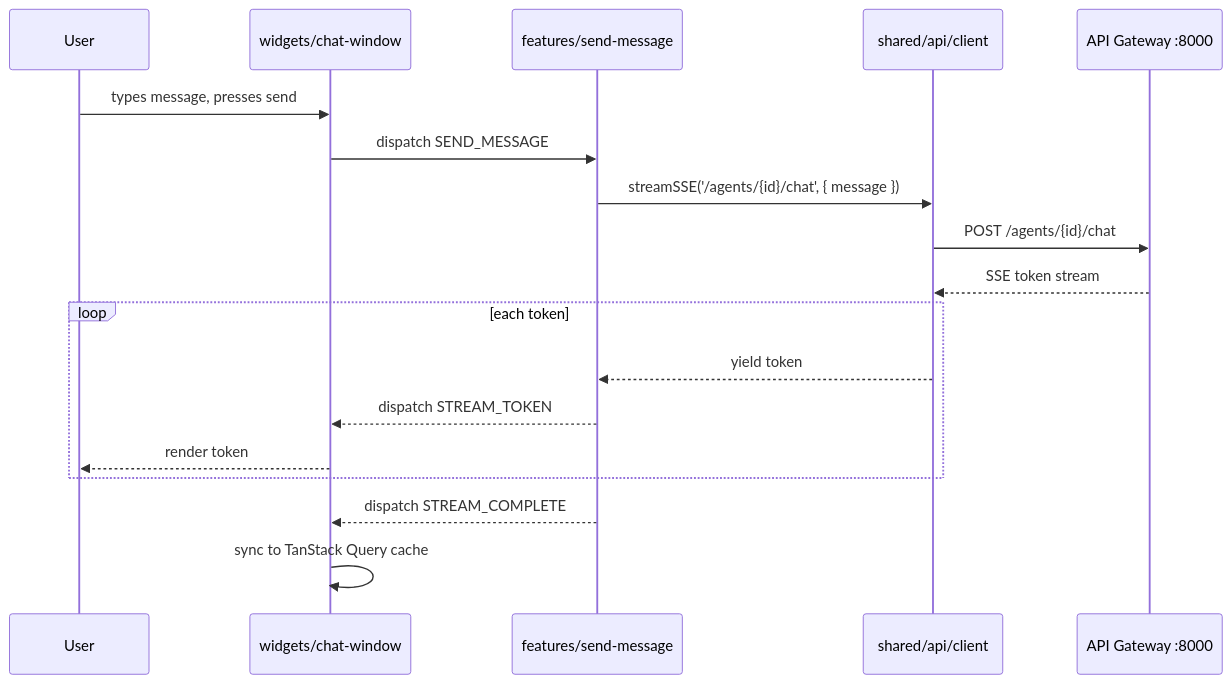
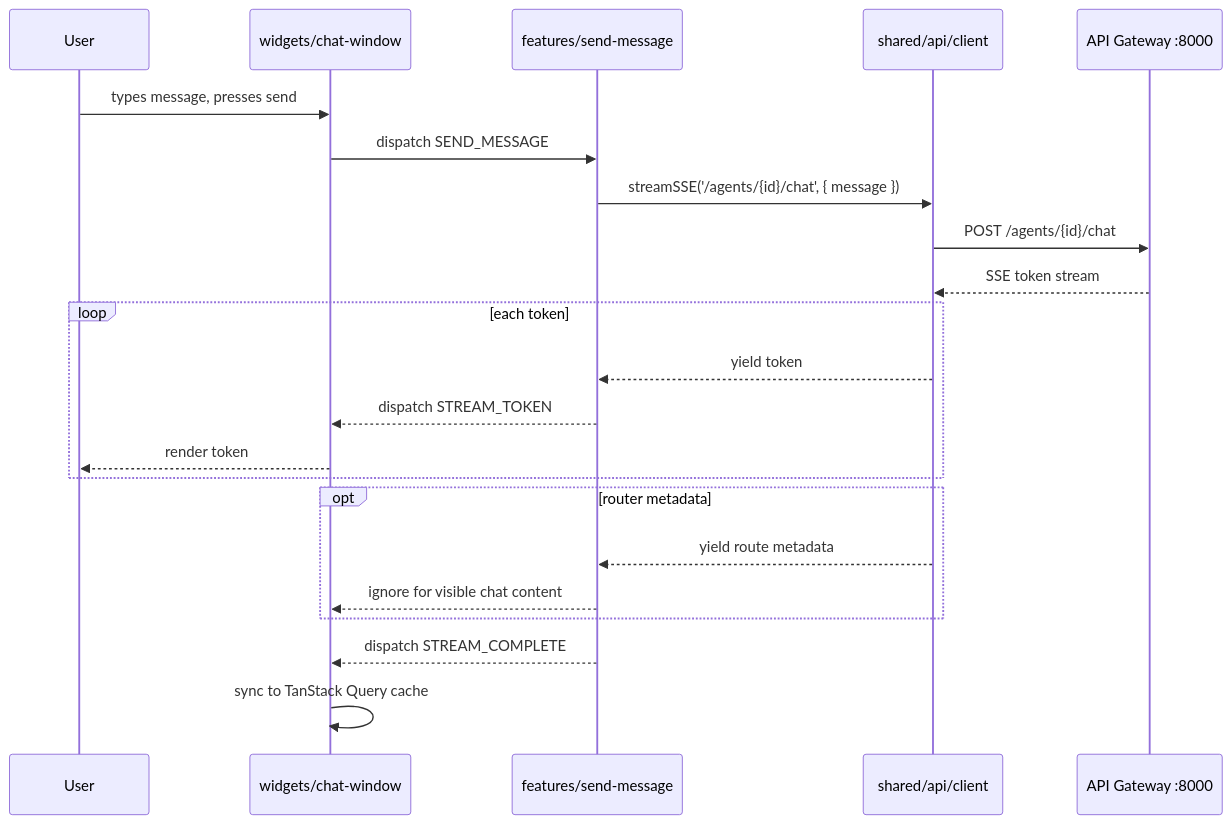
The seventh of 7 diagrams in docs/frontend/architecture.md (valiobar/agents), drawn with Mermaid before and after one commit. The commit also changed other lines of this file and 251 other files, not shown here.

````diff
--- a/docs/frontend/architecture.md
+++ b/docs/frontend/architecture.md
@@ -826,21 +864,25 @@
 ```mermaid
 sequenceDiagram
     participant User
     participant ChatWindow as widgets/chat-window
     participant SendMsg as features/send-message
     participant ApiClient as shared/api/client
     participant Gateway as API Gateway :8000
 
     User->>ChatWindow: types message, presses send
     ChatWindow->>SendMsg: dispatch SEND_MESSAGE
     SendMsg->>ApiClient: streamSSE('/agents/{id}/chat', { message })
     ApiClient->>Gateway: POST /agents/{id}/chat
     Gateway-->>ApiClient: SSE token stream
     loop each token
         ApiClient-->>SendMsg: yield token
         SendMsg-->>ChatWindow: dispatch STREAM_TOKEN
         ChatWindow-->>User: render token
     end
+    opt router metadata
+        ApiClient-->>SendMsg: yield route metadata
+        SendMsg-->>ChatWindow: ignore for visible chat content
+    end
     SendMsg-->>ChatWindow: dispatch STREAM_COMPLETE
     ChatWindow->>ChatWindow: sync to TanStack Query cache
 ```
````
